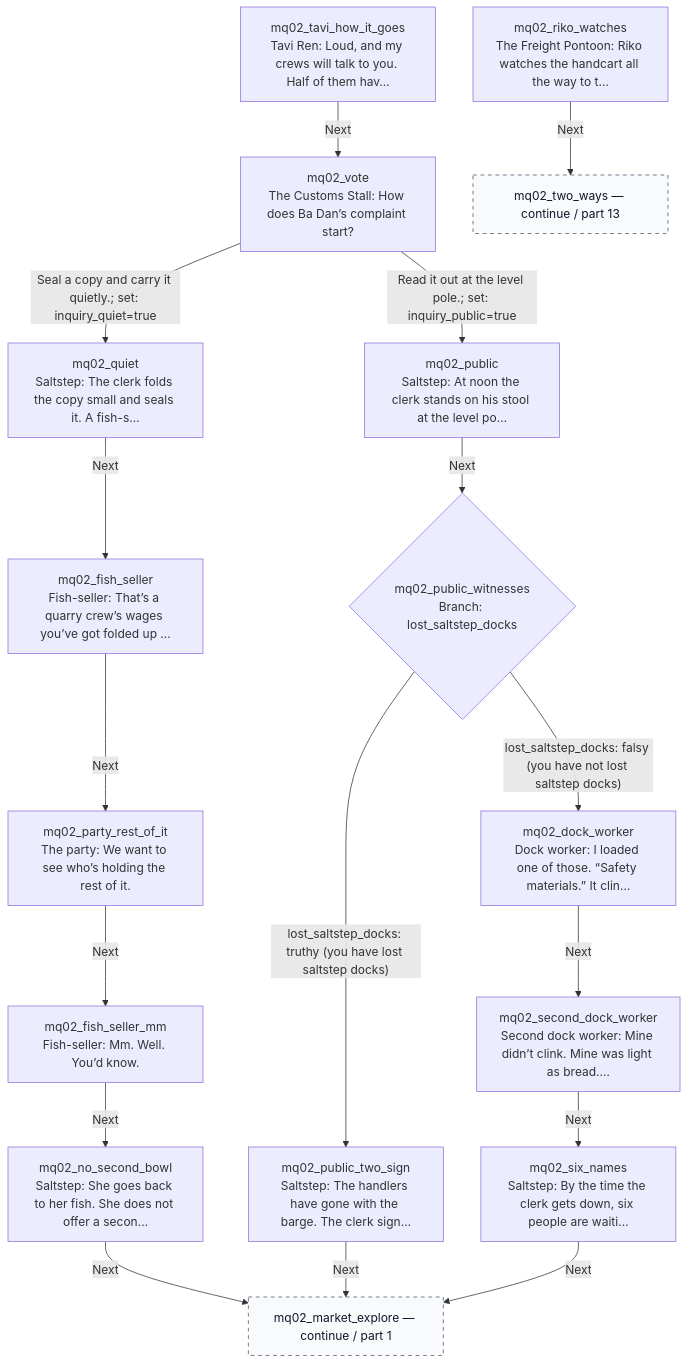
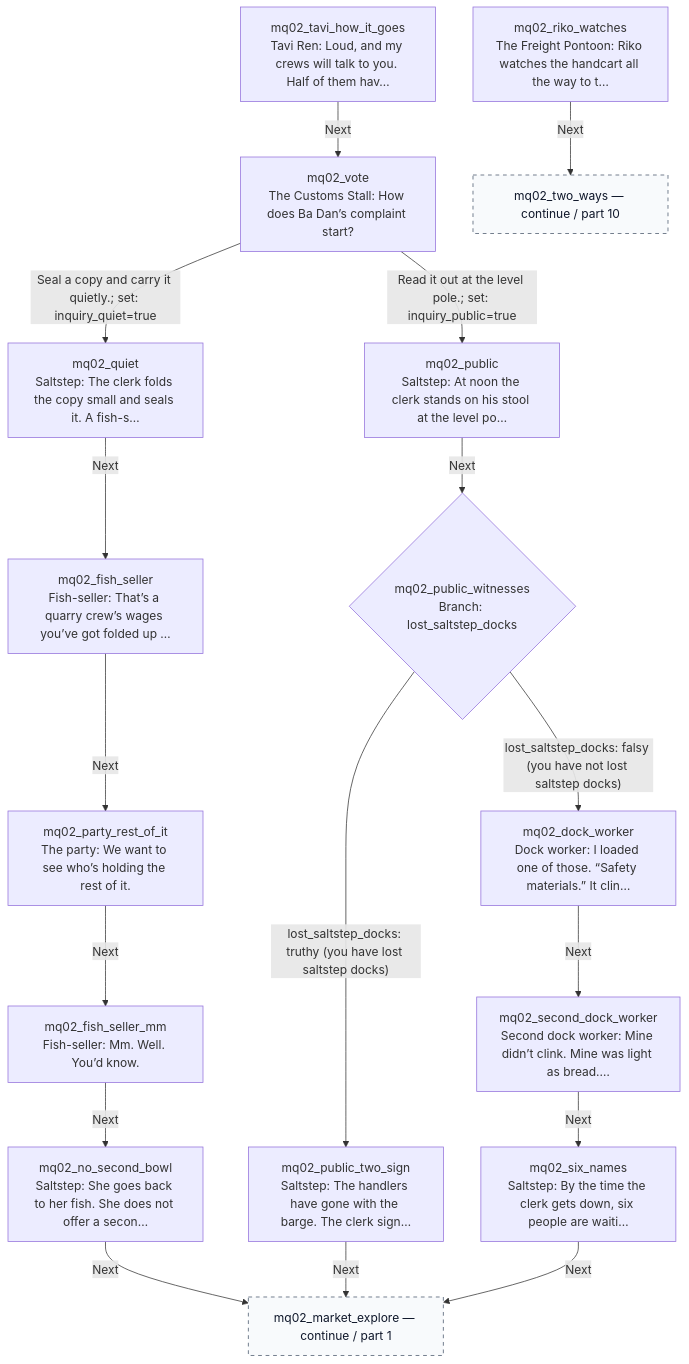
Diagram 11 of 12 in docs/story/mq02-paper-and-stone.md (jaredbahr/Avatarrpg), drawn with Mermaid before and after one commit. The commit also changed other lines of this file and 20 other files, not shown here.

````diff
--- a/docs/story/mq02-paper-and-stone.md
+++ b/docs/story/mq02-paper-and-stone.md
@@ -522,38 +457,38 @@
 ```mermaid
 flowchart TD
-  n195["mq02_riko_watches<br/>The Freight Pontoon: Riko watches the handcart all the way to t…"]
-  n220["mq02_tavi_how_it_goes<br/>Tavi Ren: Loud, and my crews will talk to you. Half of them hav…"]
-  n245["mq02_vote<br/>The Customs Stall: How does Ba Dan’s complaint start?"]
-  n187["mq02_public<br/>Saltstep: At noon the clerk stands on his stool at the level po…"]
-  n192["mq02_quiet<br/>Saltstep: The clerk folds the copy small and seals it. A fish-s…"]
-  n189{"mq02_public_witnesses<br/>Branch: lost_saltstep_docks"}
-  n158["mq02_fish_seller<br/>Fish-seller: That’s a quarry crew’s wages you’ve got folded up …"]
-  n188["mq02_public_two_sign<br/>Saltstep: The handlers have gone with the barge. The clerk sign…"]
-  n145["mq02_dock_worker<br/>Dock worker: I loaded one of those. “Safety materials.” It clin…"]
-  n184["mq02_party_rest_of_it<br/>The party: We want to see who’s holding the rest of it."]
-  n199["mq02_second_dock_worker<br/>Second dock worker: Mine didn’t clink. Mine was light as bread.…"]
-  n159["mq02_fish_seller_mm<br/>Fish-seller: Mm. Well. You’d know."]
-  n200["mq02_six_names<br/>Saltstep: By the time the clerk gets down, six people are waiti…"]
-  n181["mq02_no_second_bowl<br/>Saltstep: She goes back to her fish. She does not offer a secon…"]
-  n177["mq02_market_explore — continue / part 1"]:::continuation
-  n223["mq02_two_ways — continue / part 13"]:::continuation
-  n145 -->|"Next"| n199
-  n158 -->|"Next"| n184
-  n159 -->|"Next"| n181
-  n181 -->|"Next"| n177
-  n184 -->|"Next"| n159
-  n187 -->|"Next"| n189
-  n188 -->|"Next"| n177
-  n189 -->|"lost_saltstep_docks: truthy (you have lost saltstep docks)"| n188
-  n189 -->|"lost_saltstep_docks: falsy (you have not lost saltstep docks)"| n145
-  n192 -->|"Next"| n158
-  n195 -->|"Next"| n223
-  n199 -->|"Next"| n200
-  n200 -->|"Next"| n177
-  n220 -->|"Next"| n245
-  n245 -->|"Read it out at the level pole.; set: inquiry_public=true"| n187
-  n245 -->|"Seal a copy and carry it quietly.; set: inquiry_quiet=true"| n192
+  n188["mq02_riko_watches<br/>The Freight Pontoon: Riko watches the handcart all the way to t…"]
+  n213["mq02_tavi_how_it_goes<br/>Tavi Ren: Loud, and my crews will talk to you. Half of them hav…"]
+  n238["mq02_vote<br/>The Customs Stall: How does Ba Dan’s complaint start?"]
+  n180["mq02_public<br/>Saltstep: At noon the clerk stands on his stool at the level po…"]
+  n185["mq02_quiet<br/>Saltstep: The clerk folds the copy small and seals it. A fish-s…"]
+  n182{"mq02_public_witnesses<br/>Branch: lost_saltstep_docks"}
+  n151["mq02_fish_seller<br/>Fish-seller: That’s a quarry crew’s wages you’ve got folded up …"]
+  n181["mq02_public_two_sign<br/>Saltstep: The handlers have gone with the barge. The clerk sign…"]
+  n138["mq02_dock_worker<br/>Dock worker: I loaded one of those. “Safety materials.” It clin…"]
+  n177["mq02_party_rest_of_it<br/>The party: We want to see who’s holding the rest of it."]
+  n192["mq02_second_dock_worker<br/>Second dock worker: Mine didn’t clink. Mine was light as bread.…"]
+  n152["mq02_fish_seller_mm<br/>Fish-seller: Mm. Well. You’d know."]
+  n193["mq02_six_names<br/>Saltstep: By the time the clerk gets down, six people are waiti…"]
+  n174["mq02_no_second_bowl<br/>Saltstep: She goes back to her fish. She does not offer a secon…"]
+  n171["mq02_market_explore — continue / part 1"]:::continuation
+  n216["mq02_two_ways — continue / part 10"]:::continuation
+  n138 -->|"Next"| n192
+  n151 -->|"Next"| n177
+  n152 -->|"Next"| n174
+  n174 -->|"Next"| n171
+  n177 -->|"Next"| n152
+  n180 -->|"Next"| n182
+  n181 -->|"Next"| n171
+  n182 -->|"lost_saltstep_docks: truthy (you have lost saltstep docks)"| n181
+  n182 -->|"lost_saltstep_docks: falsy (you have not lost saltstep docks)"| n138
+  n185 -->|"Next"| n151
+  n188 -->|"Next"| n216
+  n192 -->|"Next"| n193
+  n193 -->|"Next"| n171
+  n213 -->|"Next"| n238
+  n238 -->|"Read it out at the level pole.; set: inquiry_public=true"| n180
+  n238 -->|"Seal a copy and carry it quietly.; set: inquiry_quiet=true"| n185
   classDef entry fill:#dcfce7,stroke:#15803d,color:#14532d
   classDef external fill:#f3e8ff,stroke:#7e22ce,color:#581c87
   classDef continuation fill:#f8fafc,stroke:#475569,color:#0f172a,stroke-dasharray:5 5
 ```
````
